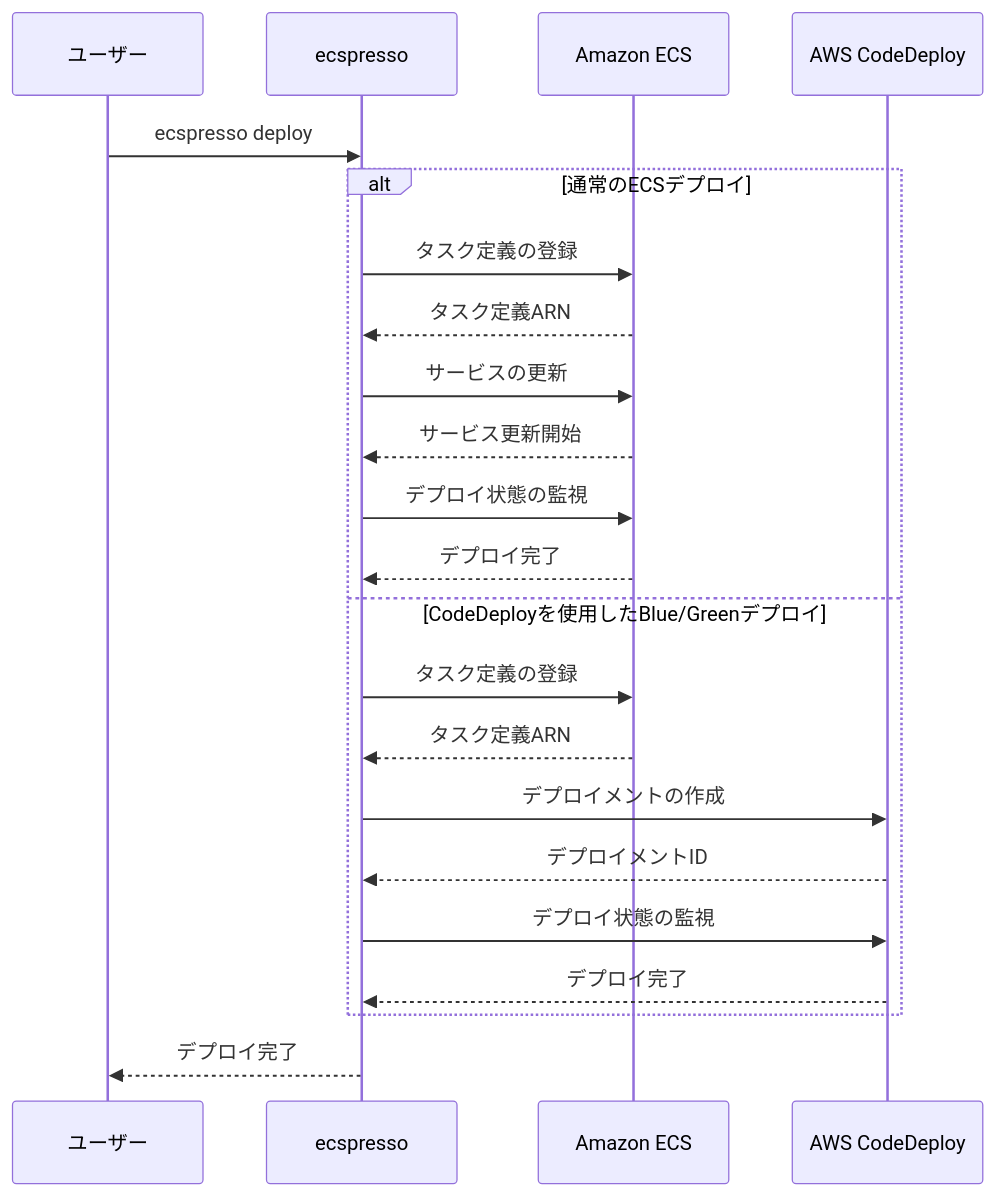
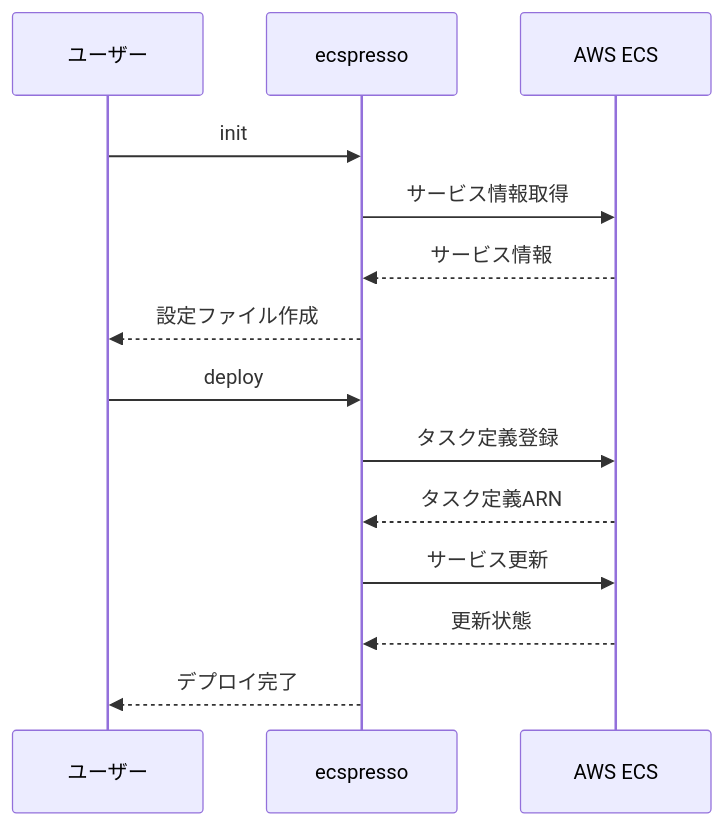
One commit to bufferings/devin-docs changed the second of 2 diagrams in ecspresso/introduction/about.md. Above: the diagram before and after it, drawn with Mermaid. The commit also changed other lines of this file and 12 other files, not shown here.

````diff
--- a/ecspresso/introduction/about.md
+++ b/ecspresso/introduction/about.md
@@ -104,25 +43,18 @@
 ```mermaid
 sequenceDiagram
-    participant User as ユーザー
-    participant Ecspresso as ecspresso
-    participant ECS as Amazon ECS
-    participant CD as AWS CodeDeploy
-    
-    User->>Ecspresso: ecspresso deploy
-    alt 通常のECSデプロイ
-        Ecspresso->>ECS: タスク定義の登録
-        ECS-->>Ecspresso: タスク定義ARN
-        Ecspresso->>ECS: サービスの更新
-        ECS-->>Ecspresso: サービス更新開始
-        Ecspresso->>ECS: デプロイ状態の監視
-        ECS-->>Ecspresso: デプロイ完了
-    else CodeDeployを使用したBlue/Greenデプロイ
-        Ecspresso->>ECS: タスク定義の登録
-        ECS-->>Ecspresso: タスク定義ARN
-        Ecspresso->>CD: デプロイメントの作成
-        CD-->>Ecspresso: デプロイメントID
-        Ecspresso->>CD: デプロイ状態の監視
-        CD-->>Ecspresso: デプロイ完了
-    end
-    Ecspresso-->>User: デプロイ完了
+  participant User as ユーザー
+  participant Ecspresso as ecspresso
+  participant ECS as AWS ECS
+  
+  User->>Ecspresso: init
+  Ecspresso->>ECS: サービス情報取得
+  ECS-->>Ecspresso: サービス情報
+  Ecspresso-->>User: 設定ファイル作成
+  
+  User->>Ecspresso: deploy
+  Ecspresso->>ECS: タスク定義登録
+  ECS-->>Ecspresso: タスク定義ARN
+  Ecspresso->>ECS: サービス更新
+  ECS-->>Ecspresso: 更新状態
+  Ecspresso-->>User: デプロイ完了
 ```
````
